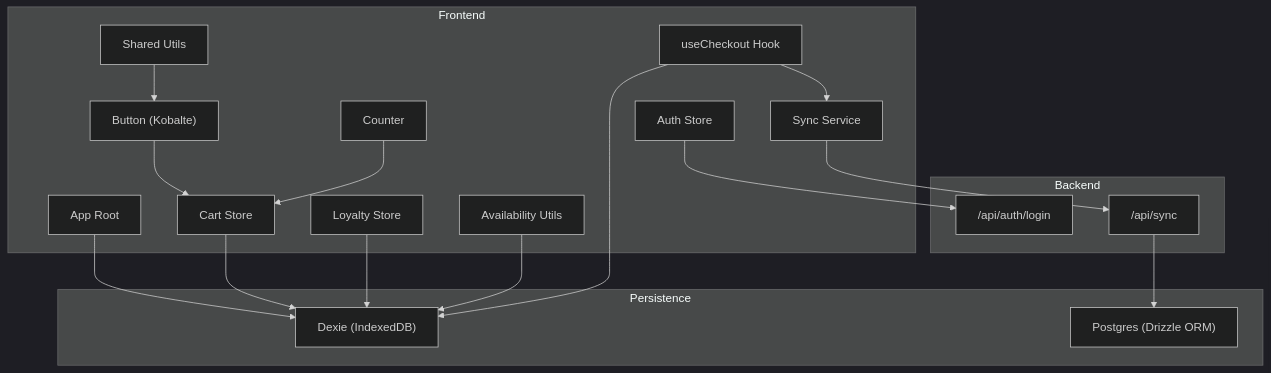
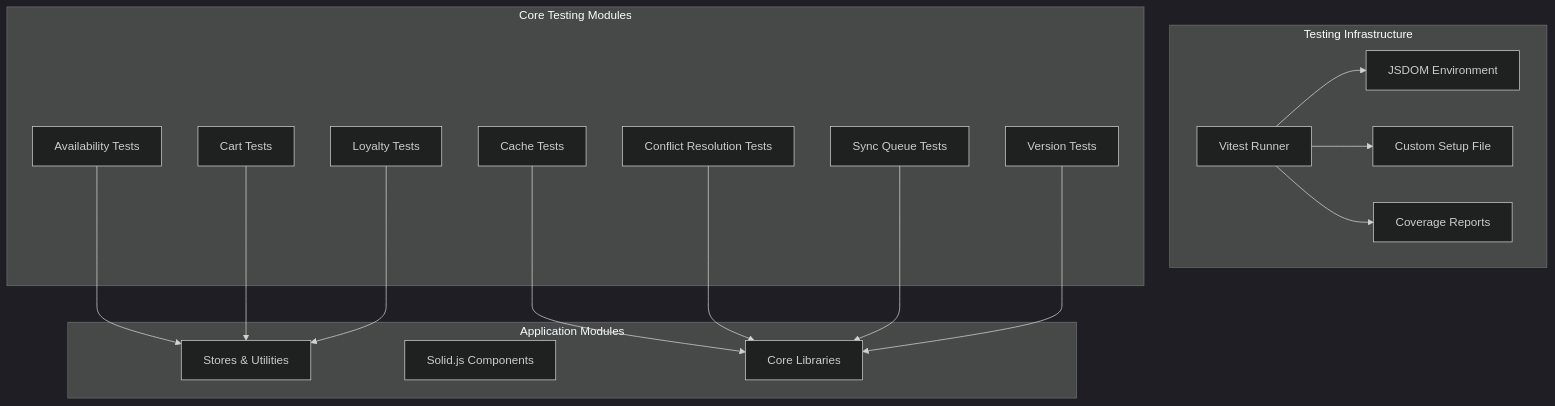
The first of 3 diagrams in .qoder/repowiki/en/content/Development Guidelines/Testing Strategy.md (riod94/ngepos), drawn with Mermaid (dark theme) before and after one commit. The commit also changed other lines of this file and 18 other files, not shown here.

````diff
--- a/.qoder/repowiki/en/content/Development Guidelines/Testing Strategy.md
+++ b/.qoder/repowiki/en/content/Development Guidelines/Testing Strategy.md
@@ -47,35 +67,33 @@
 ```mermaid
 graph TB
-subgraph "Frontend"
-UI_Button["Button (Kobalte)"]
-UI_Counter["Counter"]
-App["App Root"]
-CartStore["Cart Store"]
-AuthStore["Auth Store"]
-LoyaltyStore["Loyalty Store"]
-Availability["Availability Utils"]
-Utils["Shared Utils"]
-SyncSvc["Sync Service"]
-UseCheckout["useCheckout Hook"]
+subgraph "Testing Infrastructure"
+Vitest["Vitest Runner"]
+JSOM["JSDOM Environment"]
+Setup["Custom Setup File"]
+Coverage["Coverage Reports"]
 end
-subgraph "Backend"
-API_Auth_Login["/api/auth/login"]
-API_Sync_Index["/api/sync"]
+subgraph "Core Testing Modules"
+Availability["Availability Tests"]
+Cache["Cache Tests"]
+Cart["Cart Tests"]
+Conflict["Conflict Resolution Tests"]
+Loyalty["Loyalty Tests"]
+SyncQueue["Sync Queue Tests"]
+Version["Version Tests"]
 end
-subgraph "Persistence"
-Dexie["Dexie (IndexedDB)"]
-Postgres["Postgres (Drizzle ORM)"]
+subgraph "Application Modules"
+Stores["Stores & Utilities"]
+Components["Solid.js Components"]
+Libraries["Core Libraries"]
 end
-UI_Button --> CartStore
-UI_Counter --> CartStore
-App --> Dexie
-CartStore --> Dexie
-AuthStore --> API_Auth_Login
-LoyaltyStore --> Dexie
-Availability --> Dexie
-Utils --> UI_Button
-SyncSvc --> API_Sync_Index
-UseCheckout --> Dexie
-UseCheckout --> SyncSvc
-API_Sync_Index --> Postgres
+Vitest --> JSOM
+Vitest --> Setup
+Vitest --> Coverage
+Availability --> Stores
+Cache --> Libraries
+Cart --> Stores
+Conflict --> Libraries
+Loyalty --> Stores
+SyncQueue --> Libraries
+Version --> Libraries
 ```
````
